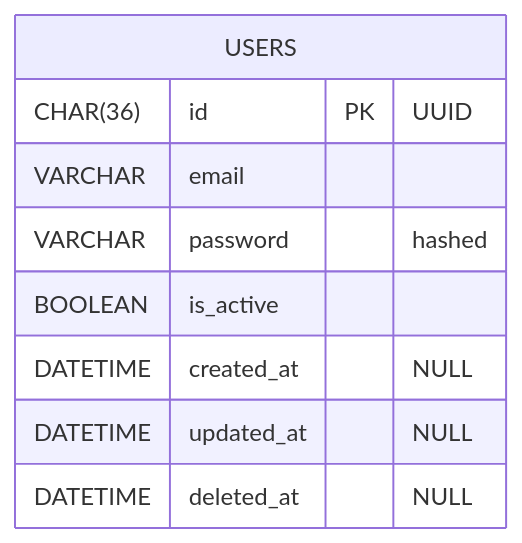
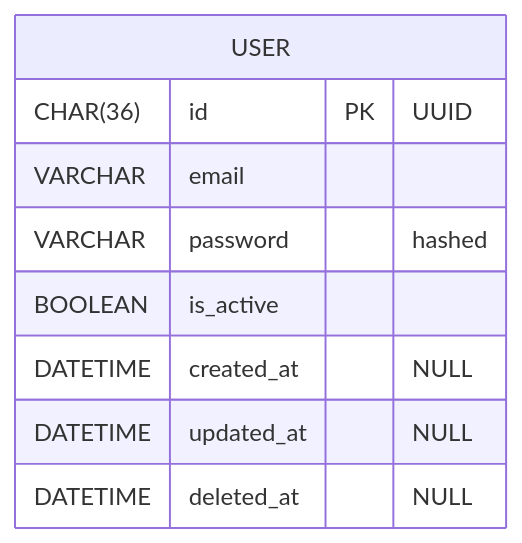
One commit to soyjuandelgado/coach-assistant changed the second of 8 diagrams in README.md. Above: the diagram before and after it, drawn with Mermaid. The commit also changed other lines of this file and 2 other files, not shown here.

````diff
--- a/README.md
+++ b/README.md
@@ -124,12 +138,12 @@
 ```mermaid
 erDiagram
-    USERS {
+    USER {
         CHAR(36) id PK "UUID"
         VARCHAR email
         VARCHAR password "hashed"
         BOOLEAN is_active
         DATETIME created_at "NULL"
         DATETIME updated_at "NULL"
         DATETIME deleted_at "NULL"
     }
 ```
````
